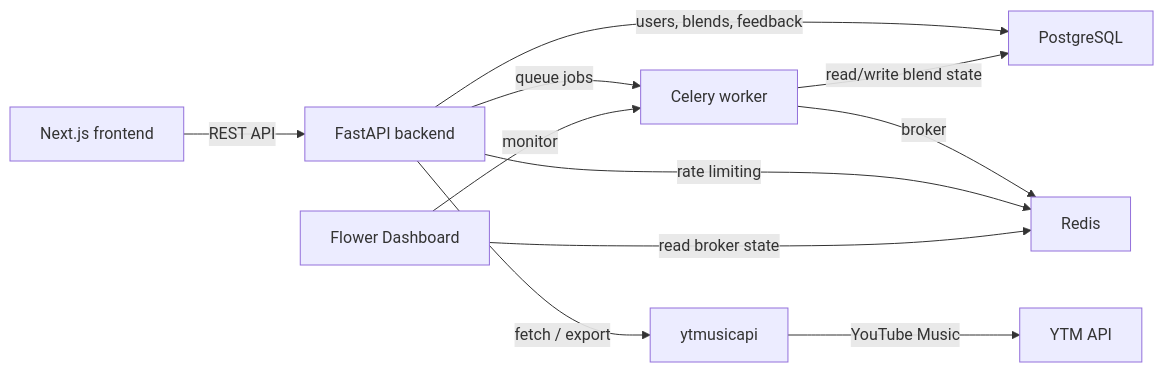
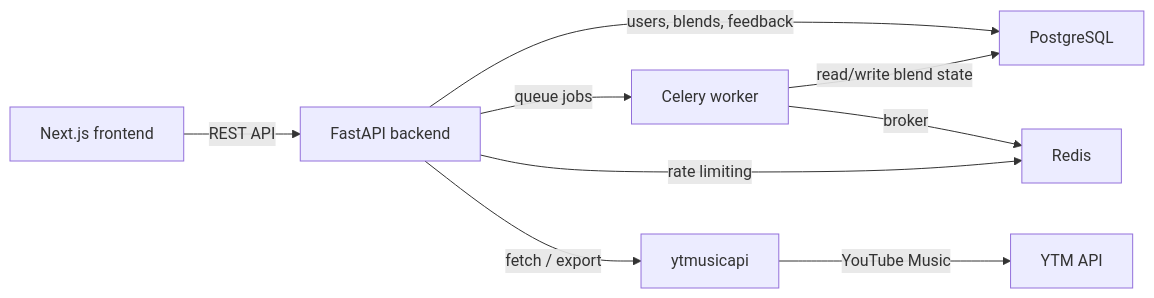
Before and after one commit to Erebuzzz/merge-ytm: the diagram in README.md, drawn with Mermaid. The commit also changed other lines of this file and 3 other files, not shown here.

````diff
--- a/README.md
+++ b/README.md
@@ -47,13 +42,11 @@
 ```mermaid
 flowchart LR
     A["Next.js frontend"] -->|"REST API"| B["FastAPI backend"]
     B -->|"users, blends, feedback"| C["PostgreSQL"]
     B -->|"queue jobs"| D["Celery worker"]
     D -->|"broker"| E["Redis"]
     D -->|"read/write blend state"| C
     B -->|"rate limiting"| E
     B -->|"fetch / export"| F["ytmusicapi"]
     F -->|"YouTube Music"| G["YTM API"]
-    H["Flower Dashboard"] -->|"monitor"| D
-    H -->|"read broker state"| E
 ```
````
